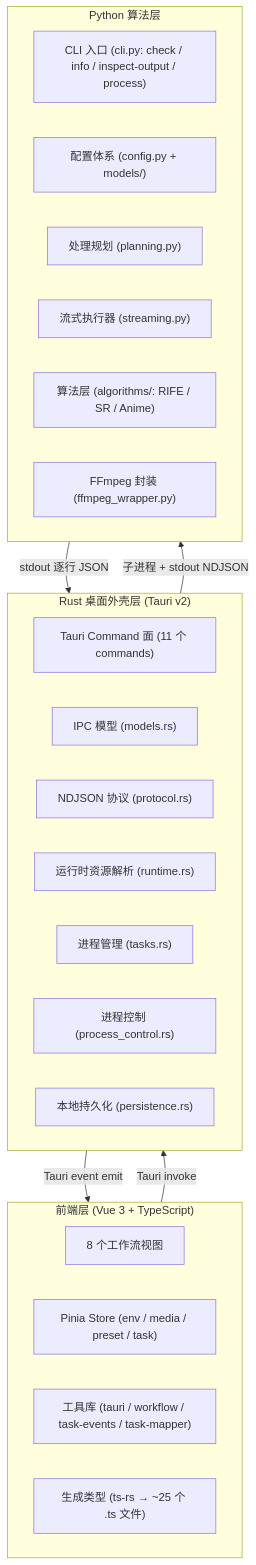
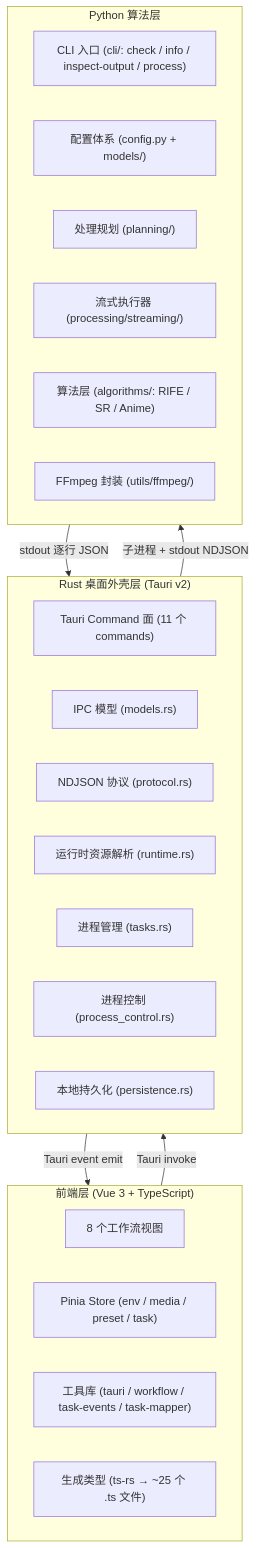
One commit to youge325/vp changed the diagram in docs/architecture-overview.md. Above: the diagram before and after it, drawn with Mermaid. The commit also changed other lines of this file and 77 other files, not shown here.

````diff
--- a/docs/architecture-overview.md
+++ b/docs/architecture-overview.md
@@ -25,33 +25,33 @@
 ```mermaid
 graph TB
     subgraph FE["前端层 (Vue 3 + TypeScript)"]
         F1["8 个工作流视图"]
         F2["Pinia Store (env / media / preset / task)"]
         F3["工具库 (tauri / workflow / task-events / task-mapper)"]
         F4["生成类型 (ts-rs → ~25 个 .ts 文件)"]
     end
 
     subgraph RS["Rust 桌面外壳层 (Tauri v2)"]
         R1["Tauri Command 面 (11 个 commands)"]
         R2["IPC 模型 (models.rs)"]
         R3["NDJSON 协议 (protocol.rs)"]
         R4["运行时资源解析 (runtime.rs)"]
         R5["进程管理 (tasks.rs)"]
         R6["进程控制 (process_control.rs)"]
         R7["本地持久化 (persistence.rs)"]
     end
 
     subgraph PY["Python 算法层"]
-        P1["CLI 入口 (cli.py: check / info / inspect-output / process)"]
+        P1["CLI 入口 (cli/: check / info / inspect-output / process)"]
         P2["配置体系 (config.py + models/)"]
-        P3["处理规划 (planning.py)"]
-        P4["流式执行器 (streaming.py)"]
+        P3["处理规划 (planning/)"]
+        P4["流式执行器 (processing/streaming/)"]
         P5["算法层 (algorithms/: RIFE / SR / Anime)"]
-        P6["FFmpeg 封装 (ffmpeg_wrapper.py)"]
+        P6["FFmpeg 封装 (utils/ffmpeg/)"]
     end
 
     FE -- "Tauri invoke" --> RS
     RS -- "子进程 + stdout NDJSON" --> PY
     PY -- "stdout 逐行 JSON" --> RS
     RS -- "Tauri event emit" --> FE
 ```
````
